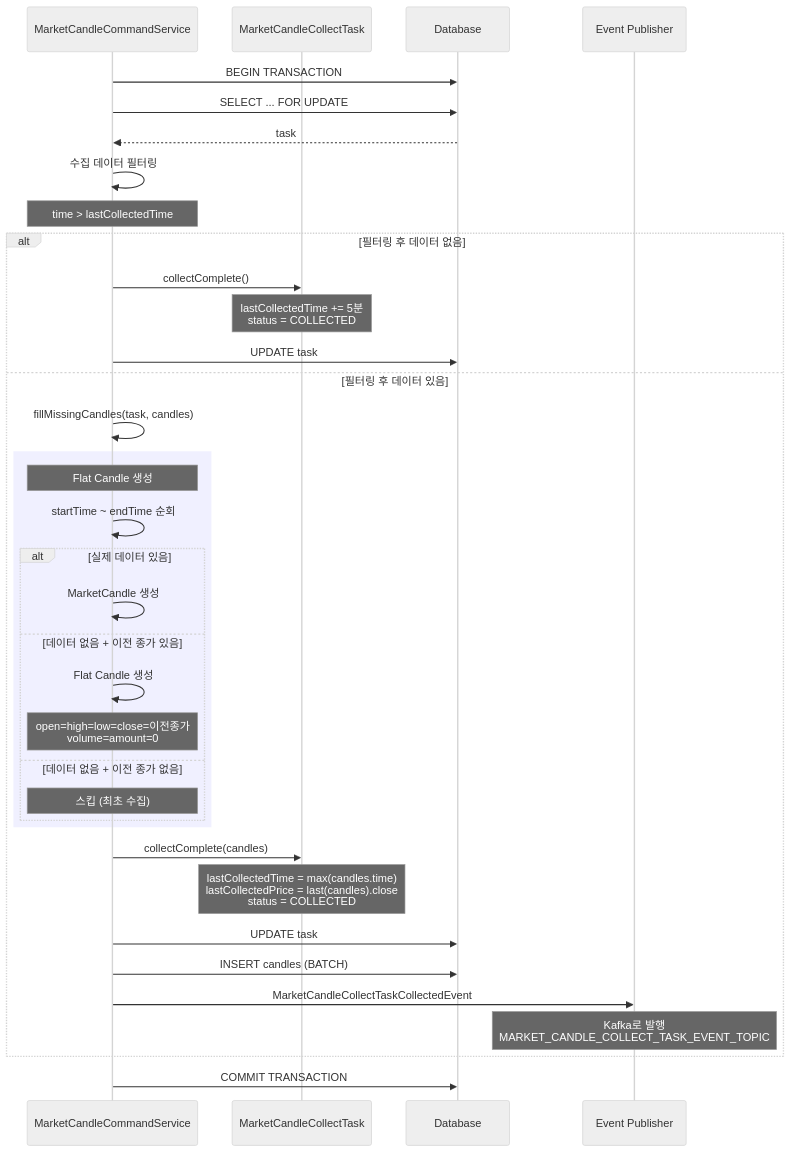
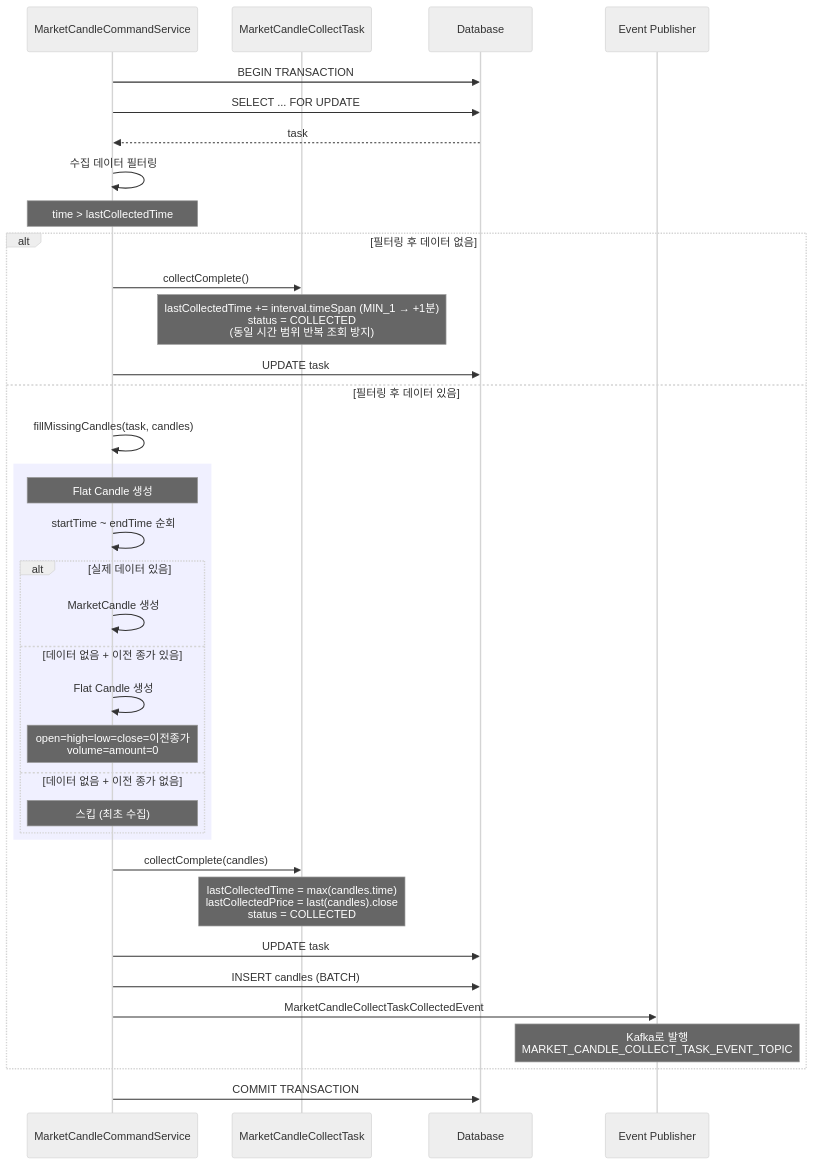
The fourth of 17 diagrams in backend/market/sequence-diagram.md (Trade-Pilot/.github), drawn with Mermaid (neutral theme) before and after one commit. The commit also changed other lines of this file and 20 other files, not shown here.

````diff
--- a/backend/market/sequence-diagram.md
+++ b/backend/market/sequence-diagram.md
@@ -143,47 +143,47 @@
 ```mermaid
 sequenceDiagram
     participant Service as MarketCandleCommandService
     participant Task as MarketCandleCollectTask
     participant DB as Database
     participant EventPub as Event Publisher
 
     Service->>DB: BEGIN TRANSACTION
     Service->>DB: SELECT ... FOR UPDATE
     DB-->>Service: task
 
     Service->>Service: 수집 데이터 필터링
     Note over Service: time > lastCollectedTime
 
     alt 필터링 후 데이터 없음
         Service->>Task: collectComplete()
-        Note over Task: lastCollectedTime += 5분<br/>status = COLLECTED
+        Note over Task: lastCollectedTime += interval.timeSpan (MIN_1 → +1분)<br/>status = COLLECTED<br/>(동일 시간 범위 반복 조회 방지)
         Service->>DB: UPDATE task
     else 필터링 후 데이터 있음
         Service->>Service: fillMissingCandles(task, candles)
 
         rect rgb(240, 240, 255)
             Note over Service: Flat Candle 생성
             Service->>Service: startTime ~ endTime 순회
 
             alt 실제 데이터 있음
                 Service->>Service: MarketCandle 생성
             else 데이터 없음 + 이전 종가 있음
                 Service->>Service: Flat Candle 생성
                 Note over Service: open=high=low=close=이전종가<br/>volume=amount=0
             else 데이터 없음 + 이전 종가 없음
                 Note over Service: 스킵 (최초 수집)
             end
         end
 
         Service->>Task: collectComplete(candles)
         Note over Task: lastCollectedTime = max(candles.time)<br/>lastCollectedPrice = last(candles).close<br/>status = COLLECTED
 
         Service->>DB: UPDATE task
         Service->>DB: INSERT candles (BATCH)
 
         Service->>EventPub: MarketCandleCollectTaskCollectedEvent
         Note over EventPub: Kafka로 발행<br/>MARKET_CANDLE_COLLECT_TASK_EVENT_TOPIC
     end
 
     Service->>DB: COMMIT TRANSACTION
 ```
````
